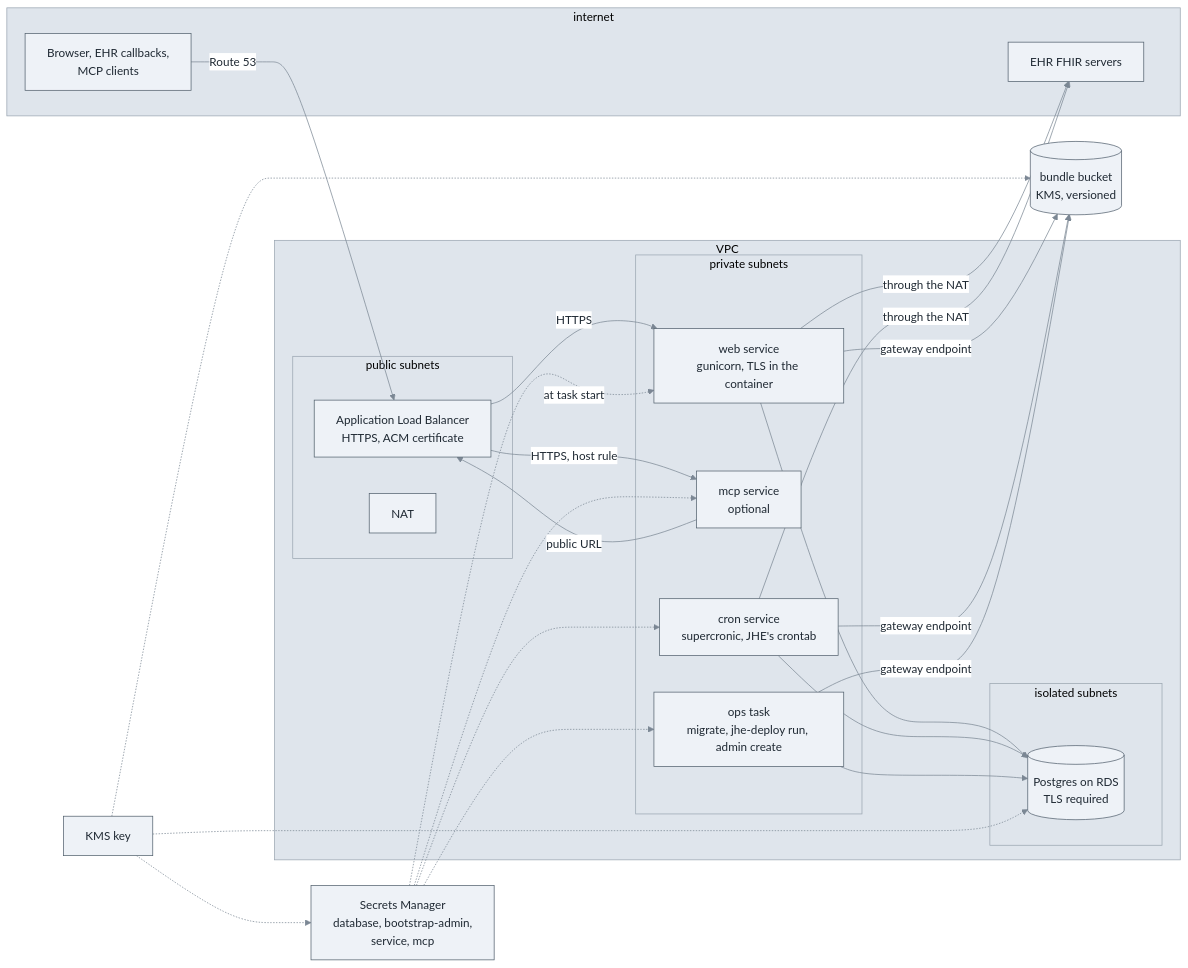
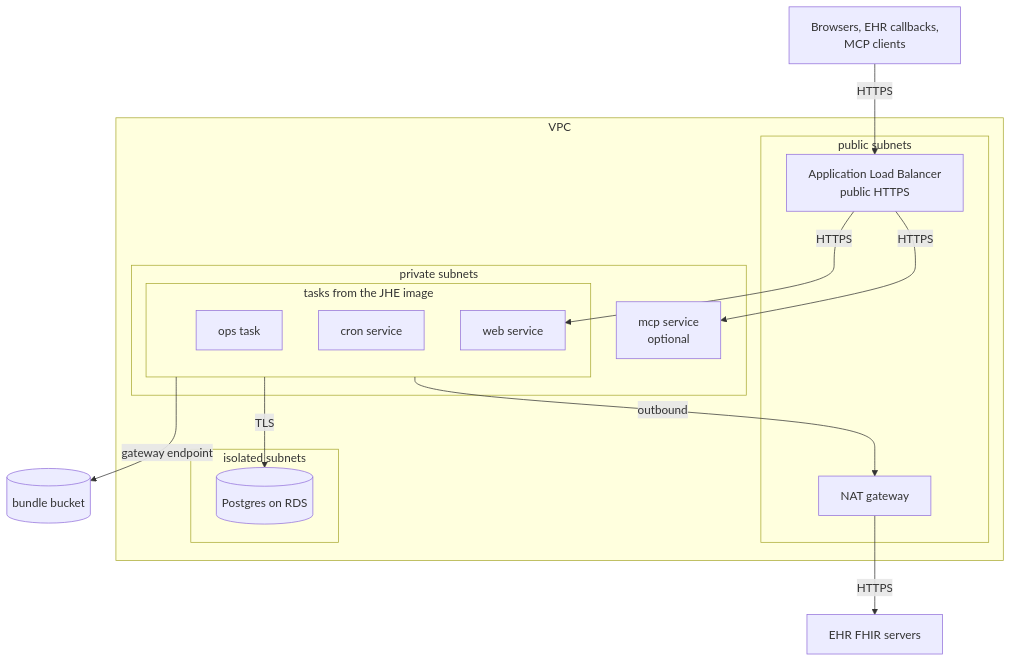
One commit to grugna/jupyterhealth-exchange-aws changed the diagram in README.md. Above: the diagram before and after it, drawn with Mermaid. The commit also changed other lines of this file, not shown here.

Commit message:
README: a simpler architecture diagram; GitHub clipped the labels of the old one
Top to bottom, seven edges, the tasks from the JHE image in one box. Secrets Manager, the KMS key and the mcp service's calls to JHE are named in a sentence under it, not drawn.

````diff
--- a/README.md
+++ b/README.md
@@ -28,46 +28,30 @@
 ```mermaid
-%%{init: {"theme": "base", "themeVariables": {"primaryColor": "#eef2f7", "primaryTextColor": "#1f2933", "primaryBorderColor": "#52606d", "lineColor": "#7b8794", "clusterBkg": "#dfe5ec", "clusterBorder": "#9aa5b1", "edgeLabelBackground": "#ffffff", "fontFamily": "sans-serif"}}}%%
-flowchart LR
-    subgraph internet["internet"]
-        browser[Browser, EHR callbacks,<br/>MCP clients]
-        ehr[EHR FHIR servers]
-    end
+flowchart TB
+    clients[Browsers, EHR callbacks,<br/>MCP clients]
     subgraph vpc["VPC"]
         subgraph public["public subnets"]
-            alb[Application Load Balancer<br/>HTTPS, ACM certificate]
-            nat[NAT]
+            alb[Application Load Balancer<br/>public HTTPS]
+            nat[NAT gateway]
         end
         subgraph private["private subnets"]
-            web[web service<br/>gunicorn, TLS in the container]
             mcp[mcp service<br/>optional]
-            cron[cron service<br/>supercronic, JHE's crontab]
-            ops[ops task<br/>migrate, jhe-deploy run, admin create]
+            subgraph jhe["tasks from the JHE image"]
+                ops[ops task]
+                cron[cron service]
+                web[web service]
+            end
         end
         subgraph isolated["isolated subnets"]
-            db[(Postgres on RDS<br/>TLS required)]
+            db[(Postgres on RDS)]
         end
     end
-    s3[(bundle bucket<br/>KMS, versioned)]
-    secrets[Secrets Manager<br/>database, bootstrap-admin,<br/>service, mcp]
-    kms[KMS key]
-
-    browser -->|Route 53| alb
+    s3[(bundle bucket)]
+    ehr[EHR FHIR servers]
+    clients -->|HTTPS| alb
+    alb -->|HTTPS| mcp
     alb -->|HTTPS| web
-    alb -->|HTTPS, host rule| mcp
-    web --> db
-    cron --> db
-    ops --> db
-    web -->|gateway endpoint| s3
-    cron -->|gateway endpoint| s3
-    ops -->|gateway endpoint| s3
-    web -->|through the NAT| ehr
-    cron -->|through the NAT| ehr
-    mcp -->|public URL| alb
-    secrets -.->|at task start| web
-    secrets -.-> cron
-    secrets -.-> mcp
-    secrets -.-> ops
-    kms -.-> db
-    kms -.-> s3
-    kms -.-> secrets
+    jhe -->|outbound| nat
+    nat -->|HTTPS| ehr
+    jhe -->|TLS| db
+    jhe -->|gateway endpoint| s3
 ```
````
